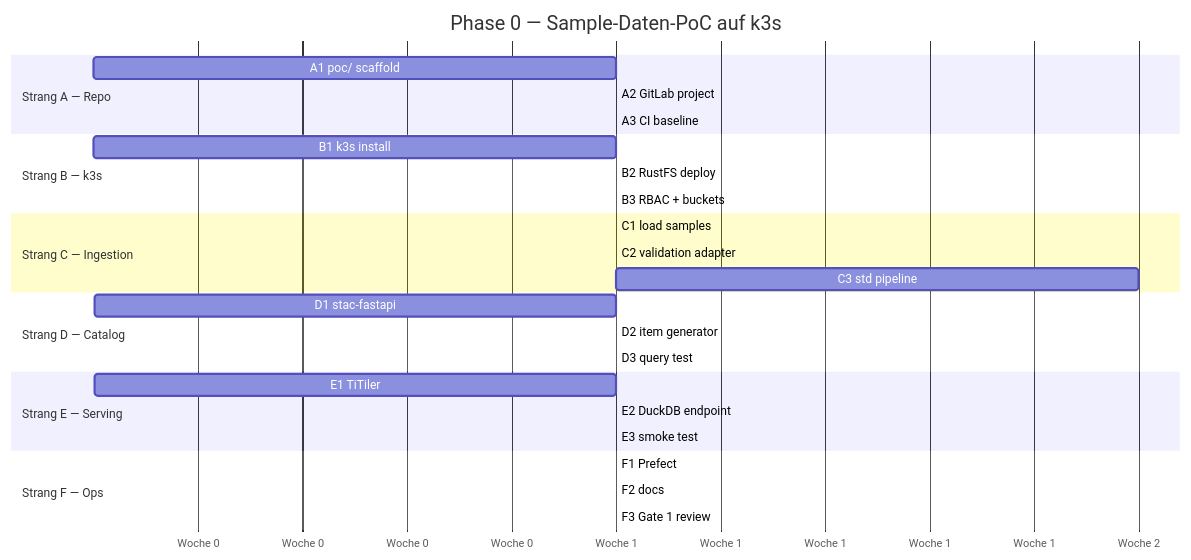
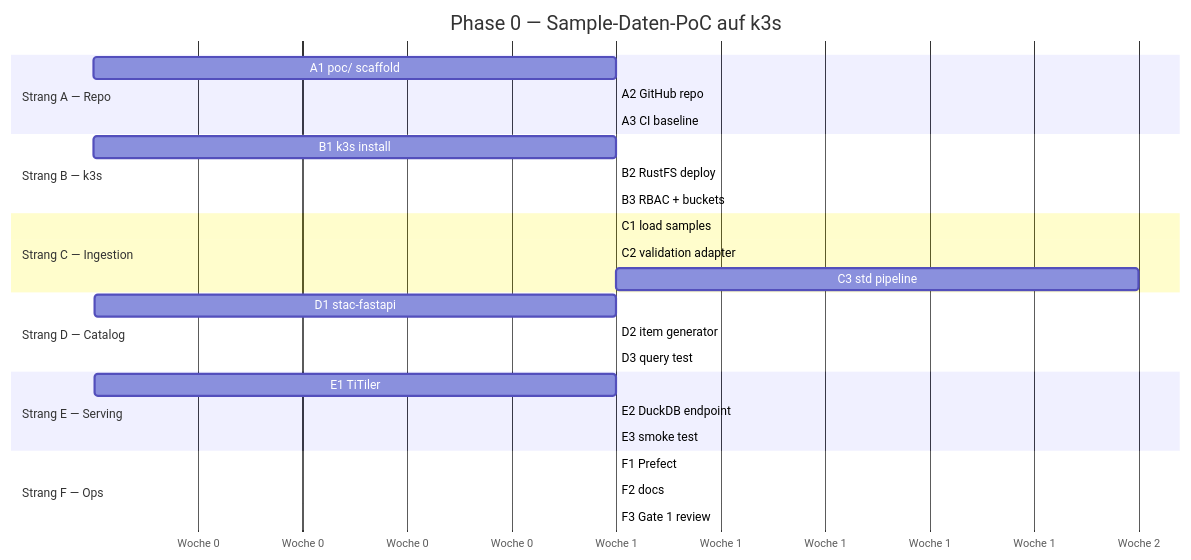
One commit to marcosci/dashi changed the diagram in docs/PHASE-0-ROADMAP.md. Above: the diagram before and after it, drawn with Mermaid. The commit also changed other lines of this file and 19 other files, not shown here.

First line of the commit message:
Switch host to GitHub (marcosci/dashi), add RustFS manifests, verify k3s + RustFS boot

````diff
--- a/docs/PHASE-0-ROADMAP.md
+++ b/docs/PHASE-0-ROADMAP.md
@@ -86,30 +86,30 @@
 ```mermaid
 gantt
     title Phase 0 — Sample-Daten-PoC auf k3s
     dateFormat X
     axisFormat Woche %s
     section Strang A — Repo
     A1 poc/ scaffold        :a1, 1, 1
-    A2 GitLab project       :a2, after a1, 1
+    A2 GitHub repo       :a2, after a1, 1
     A3 CI baseline          :a3, after a2, 1
     section Strang B — k3s
     B1 k3s install          :b1, 1, 1
     B2 RustFS deploy         :b2, after b1, 1
     B3 RBAC + buckets       :b3, after b2, 1
     section Strang C — Ingestion
     C1 load samples         :c1, after b3, 1
     C2 validation adapter   :c2, after c1, 1
     C3 std pipeline         :c3, after c2, 2
     section Strang D — Catalog
     D1 stac-fastapi         :d1, 3, 1
     D2 item generator       :d2, after c3, 1
     D3 query test           :d3, after d2, 1
     section Strang E — Serving
     E1 TiTiler              :e1, 3, 1
     E2 DuckDB endpoint      :e2, after d3, 1
     E3 smoke test           :e3, after e2, 1
     section Strang F — Ops
     F1 Prefect              :f1, after c3, 1
     F2 docs                 :f2, after e3, 1
     F3 Gate 1 review        :f3, after f2, 1
 ```
````
